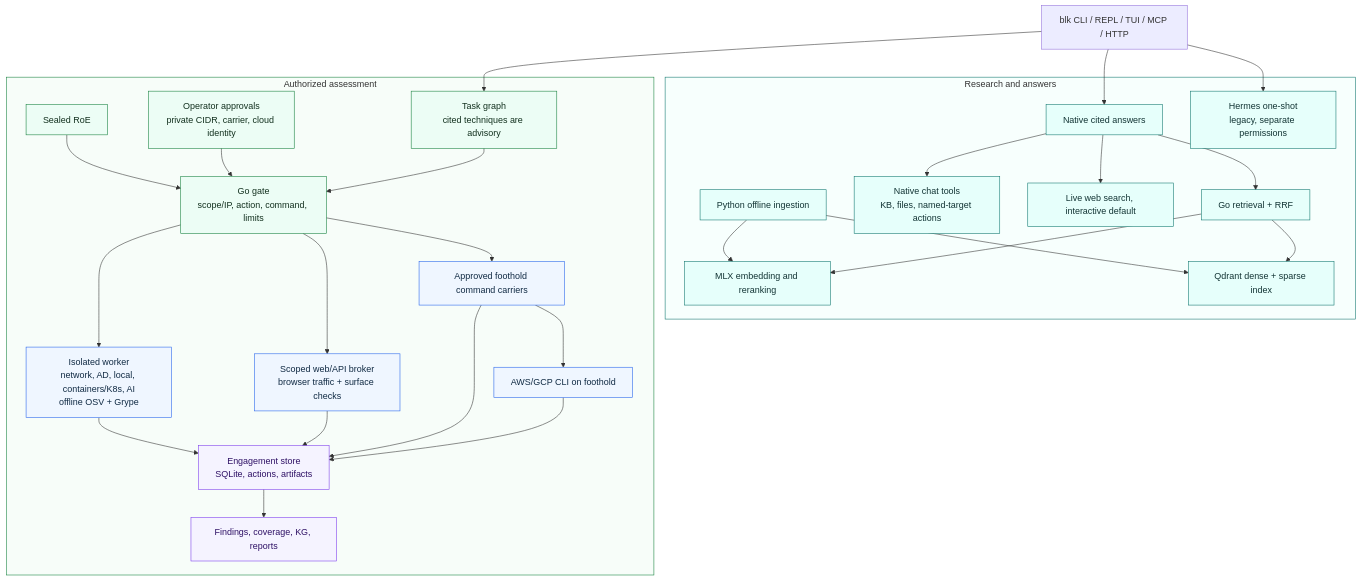
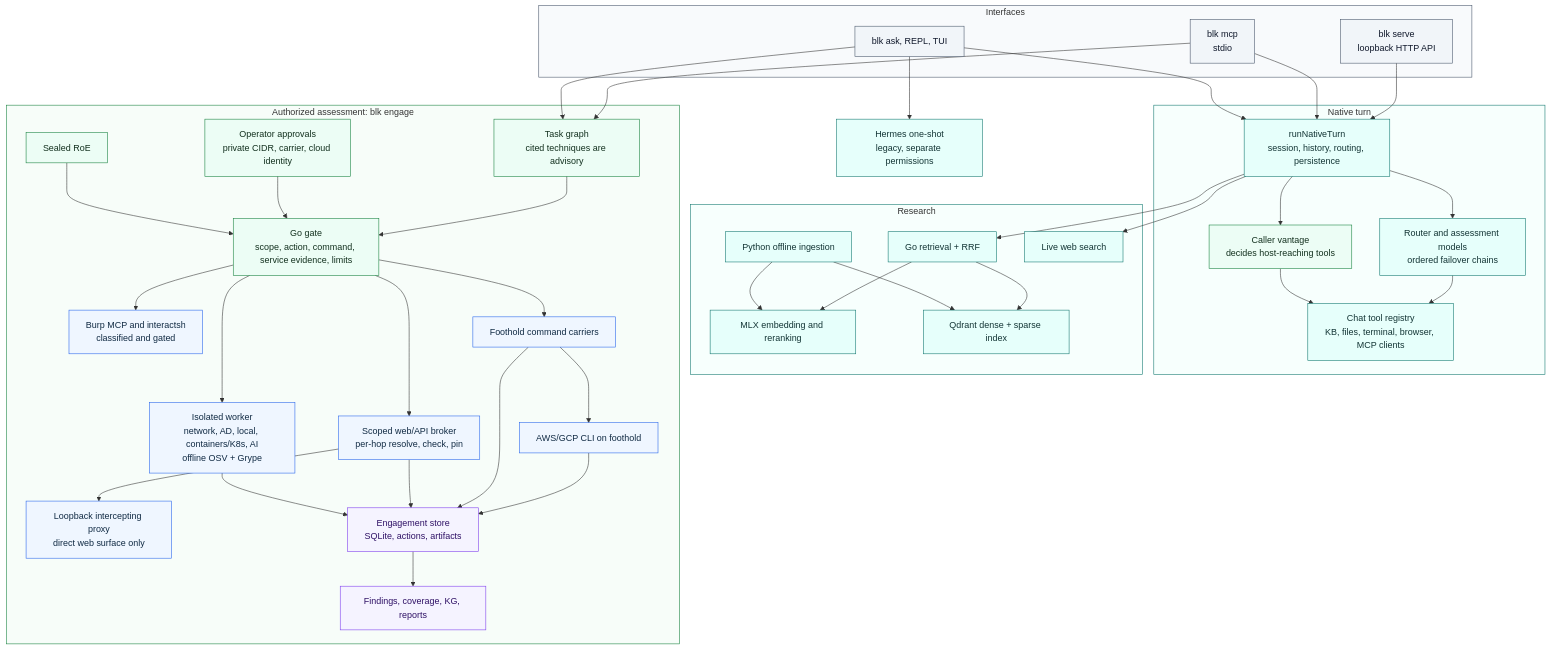
The diagram in docs/ARCHITECTURE.md (abelreqma/blkchain), drawn with Mermaid before and after one commit. The commit also changed other lines of this file and 6 other files, not shown here.

First line of the commit message:
docs: restructure the README and architecture notes

````diff
--- a/docs/ARCHITECTURE.md
+++ b/docs/ARCHITECTURE.md
@@ -27,39 +34,57 @@
 ```mermaid
 flowchart TB
-  Entry["blk CLI / REPL / TUI / MCP / HTTP"]
+  subgraph Interfaces["Interfaces"]
+    Terminal["blk ask, REPL, TUI"]
+    MCPServer["blk mcp<br/>stdio"]
+    HTTPAPI["blk serve<br/>loopback HTTP API"]
+  end
 
-  subgraph Research["Research and answers"]
+  subgraph Chat["Native turn"]
+    Turn["runNativeTurn<br/>session, history, routing, persistence"]
+    Vantage["Caller vantage<br/>decides host-reaching tools"]
+    Roles["Router and assessment models<br/>ordered failover chains"]
+    ChatTools["Chat tool registry<br/>KB, files, terminal, browser, MCP clients"]
+  end
+
+  subgraph Research["Research"]
     Index["Python offline ingestion"]
     MLX["MLX embedding and reranking"]
     Qdrant["Qdrant dense + sparse index"]
-    Native["Native cited answers"]
-    ChatTools["Native chat tools<br/>KB, files, named-target actions"]
-    Web["Live web search, interactive default"]
     Retrieval["Go retrieval + RRF"]
-    Hermes["Hermes one-shot<br/>legacy, separate permissions"]
+    Web["Live web search"]
   end
 
-  subgraph Assessment["Authorized assessment"]
+  Hermes["Hermes one-shot<br/>legacy, separate permissions"]
+
+  subgraph Assessment["Authorized assessment: blk engage"]
     Roe["Sealed RoE"]
     Approval["Operator approvals<br/>private CIDR, carrier, cloud identity"]
     Plan["Task graph<br/>cited techniques are advisory"]
-    Gate["Go gate<br/>scope/IP, action, command, limits"]
+    Gate["Go gate<br/>scope, action, command, service evidence, limits"]
     Worker["Isolated worker<br/>network, AD, local, containers/K8s, AI<br/>offline OSV + Grype"]
-    Broker["Scoped web/API broker<br/>browser traffic + surface checks"]
-    Pivot["Approved foothold command carriers"]
+    Broker["Scoped web/API broker<br/>per-hop resolve, check, pin"]
+    Proxy["Loopback intercepting proxy<br/>direct web surface only"]
+    Instruments["Burp MCP and interactsh<br/>classified and gated"]
+    Pivot["Foothold command carriers"]
     Cloud["AWS/GCP CLI on foothold"]
     Store["Engagement store<br/>SQLite, actions, artifacts"]
     Review["Findings, coverage, KG, reports"]
   end
 
-  Entry --> Native
-  Entry --> Hermes
-  Entry --> Plan
+  Terminal --> Turn
+  MCPServer --> Turn
+  HTTPAPI --> Turn
+  Terminal --> Hermes
+  Terminal --> Plan
+  MCPServer --> Plan
+  Turn --> Vantage
+  Turn --> Roles
+  Vantage --> ChatTools
+  Roles --> ChatTools
+  Turn --> Retrieval
+  Turn --> Web
   Index --> MLX
   Index --> Qdrant
-  Native --> Retrieval
-  Native --> ChatTools
-  Native --> Web
   Retrieval --> MLX
   Retrieval --> Qdrant
   Roe --> Gate
@@ -67,7 +92,9 @@
   Plan --> Gate
   Gate --> Worker
   Gate --> Broker
+  Gate --> Instruments
   Gate --> Pivot
+  Broker --> Proxy
   Pivot --> Cloud
   Worker --> Store
   Broker --> Store
@@ -75,14 +102,18 @@
   Cloud --> Store
   Store --> Review
 
+  style Interfaces fill:#f8fafc,stroke:#475569,stroke-width:1px
+  style Chat fill:#f7fffd,stroke:#0f766e,stroke-width:1px
   style Research fill:#f7fffd,stroke:#0f766e,stroke-width:1px
   style Assessment fill:#f7fdf9,stroke:#15803d,stroke-width:1px
+  classDef entry fill:#f1f5f9,stroke:#475569,color:#0f172a,font-size:16px
   classDef research fill:#e6fffb,stroke:#0f766e,color:#123434,font-size:16px
   classDef control fill:#ecfdf5,stroke:#15803d,color:#12301e,font-size:16px
   classDef execution fill:#eff6ff,stroke:#2563eb,color:#102a43,font-size:16px
   classDef evidence fill:#f5f3ff,stroke:#7c3aed,color:#2e1065,font-size:16px
-  class Index,MLX,Qdrant,Native,ChatTools,Web,Retrieval,Hermes research
-  class Roe,Approval,Plan,Gate control
-  class Worker,Broker,Pivot,Cloud execution
+  class Terminal,MCPServer,HTTPAPI entry
+  class Turn,Roles,ChatTools,Index,MLX,Qdrant,Retrieval,Web,Hermes research
+  class Vantage,Roe,Approval,Plan,Gate control
+  class Worker,Broker,Proxy,Instruments,Pivot,Cloud execution
   class Store,Review evidence
 ```
````
